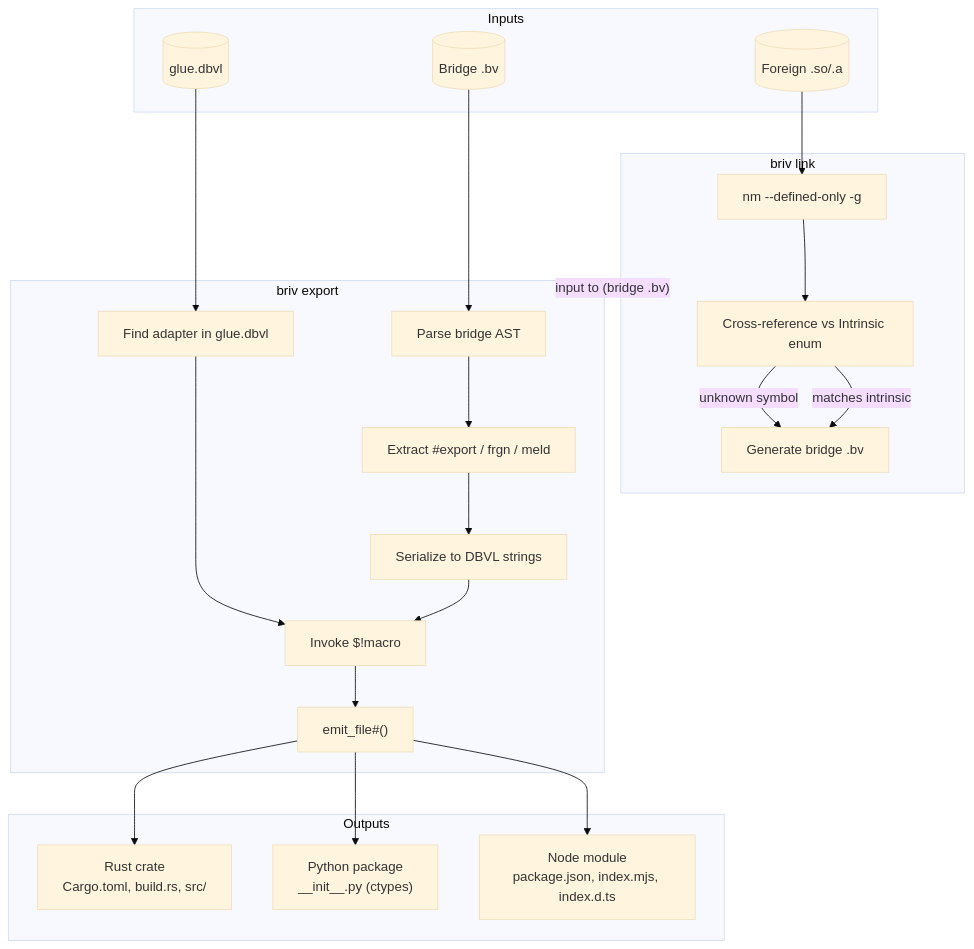
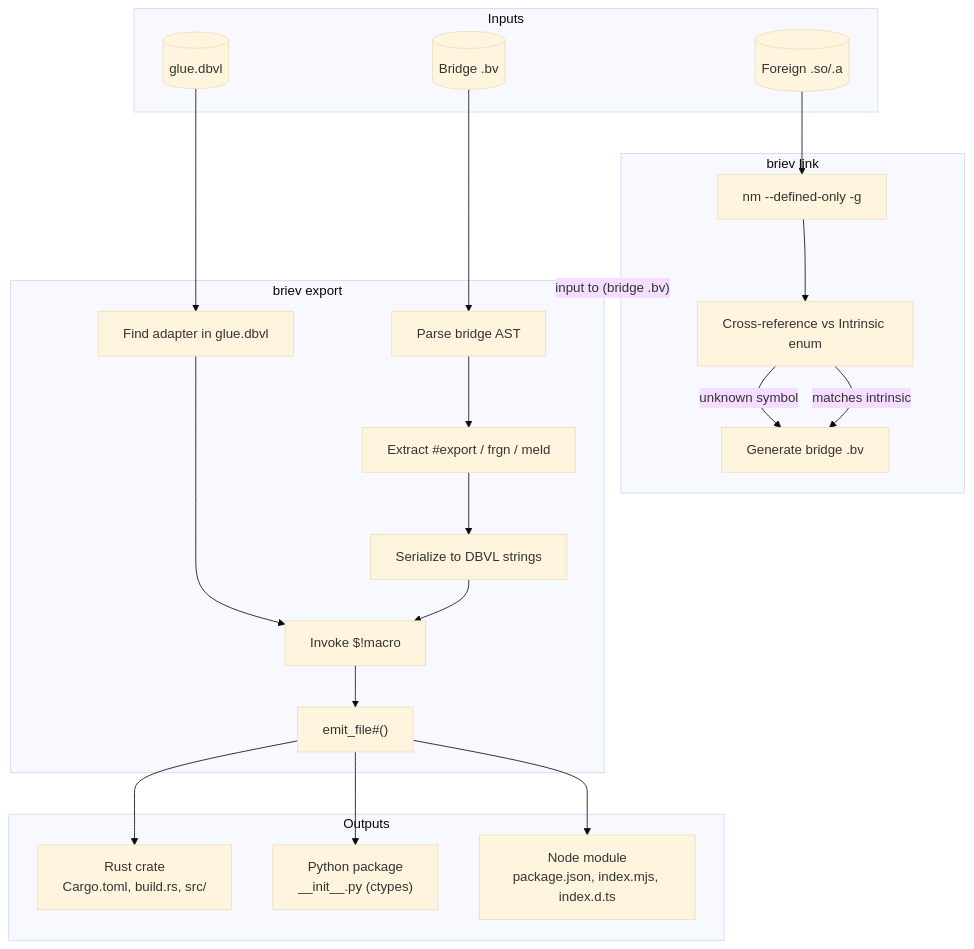
The diagram in docs/architecture/glue-pipeline.md (Randozart/brief-lang), drawn with Mermaid (base theme) before and after one commit. The commit also changed other lines of this file and 1385 other files, not shown here.

````diff
--- a/docs/architecture/glue-pipeline.md
+++ b/docs/architecture/glue-pipeline.md
@@ -3,47 +3,47 @@
 ```mermaid
 graph TD
     subgraph INPUTS["Inputs"]
         BV[("Bridge .bv")]
         SO[("Foreign .so/.a")]
         DBVL[("glue.dbvl")]
     end
 
-    subgraph LINK["briv link"]
+    subgraph LINK["briev link"]
         NM["nm --defined-only -g"]
         XREF["Cross-reference vs Intrinsic enum"]
         GEN_BV["Generate bridge .bv"]
     end
 
-    subgraph EXPORT["briv export"]
+    subgraph EXPORT["briev export"]
         PARSE["Parse bridge AST"]
         EXTRACT["Extract #export / frgn / meld"]
         DBVL_SER["Serialize to DBVL strings"]
         LOOKUP["Find adapter in glue.dbvl"]
         MACRO["Invoke $!macro"]
         EMIT["emit_file#()"]
     end
 
     subgraph OUTPUTS["Outputs"]
         RUST["Rust crate<br/>Cargo.toml, build.rs, src/"]
         PYTHON["Python package<br/>__init__.py (ctypes)"]
         NODE["Node module<br/>package.json, index.mjs, index.d.ts"]
     end
 
     BV --> PARSE
     PARSE --> EXTRACT
     EXTRACT --> DBVL_SER
     DBVL_SER --> MACRO
     DBVL --> LOOKUP
     LOOKUP --> MACRO
     MACRO --> EMIT
     EMIT --> RUST
     EMIT --> PYTHON
     EMIT --> NODE
 
     SO --> NM
     NM --> XREF
     XREF -- "matches intrinsic" --> GEN_BV
     XREF -- "unknown symbol" --> GEN_BV
 
     LINK -. "input to (bridge .bv)" .-> EXPORT
 ```
````
